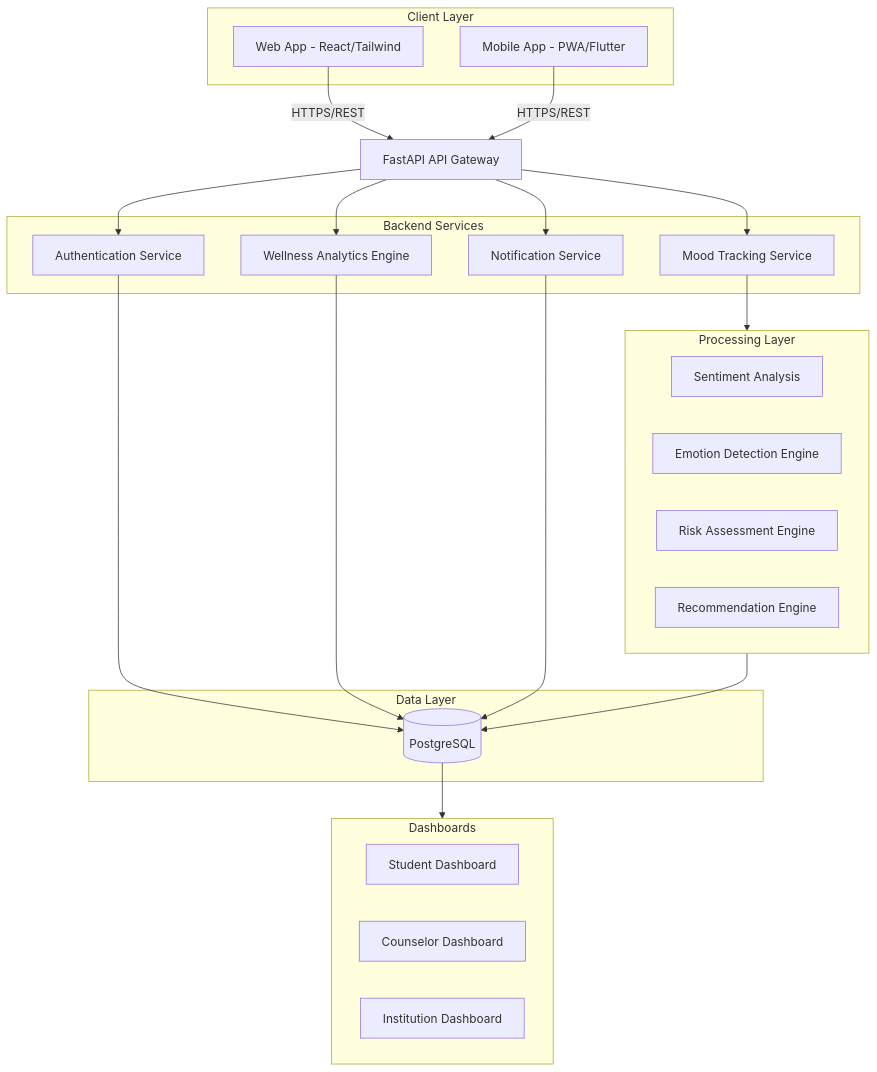
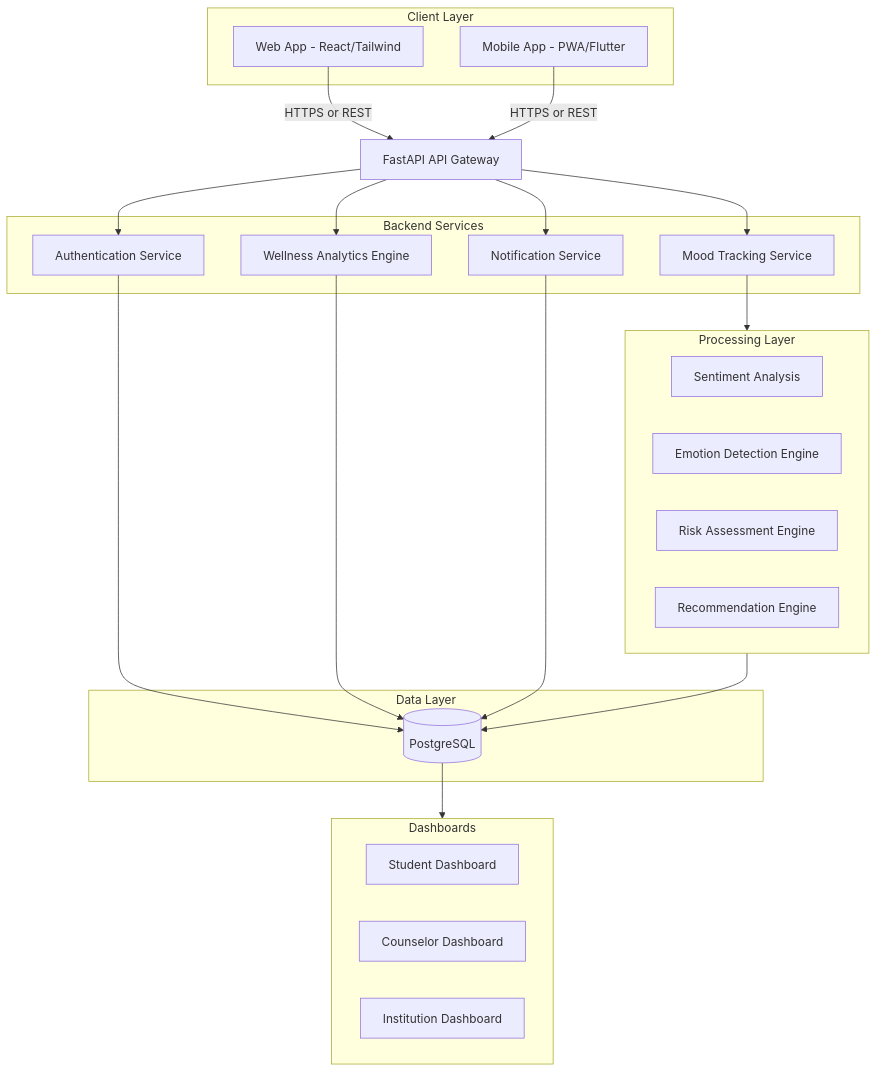
Before and after one commit to DineshMoorthy007/mindguard-student-wellness-platform: the first of 5 diagrams in README.md, drawn with Mermaid. The commit also changed other lines of this file, not shown here.

Commit message:
docs: clarify network protocols and port annotations in architecture diagrams

````diff
--- a/README.md
+++ b/README.md
@@ -54,57 +54,57 @@
 ```mermaid
 graph TD
     %% Client Layer
     subgraph ClientLayer ["Client Layer"]
         Web["Web App - React/Tailwind"]
         Mobile["Mobile App - PWA/Flutter"]
     end
 
     %% Gateway Layer
     Gateway["FastAPI API Gateway"]
 
     %% Internal Micro-services
     subgraph BackendServices ["Backend Services"]
         Auth["Authentication Service"]
         Mood["Mood Tracking Service"]
         Wellness["Wellness Analytics Engine"]
         Notify["Notification Service"]
     end
 
     %% AI / ML Processing
     subgraph ProcessingLayer ["Processing Layer"]
         Sentiment["Sentiment Analysis"]
         Emotion["Emotion Detection Engine"]
         Risk["Risk Assessment Engine"]
         Recommend["Recommendation Engine"]
     end
 
     %% Database
     subgraph DataLayer ["Data Layer"]
         DB[("PostgreSQL")]
     end
 
     %% Dashboard Outputs
     subgraph Dashboards ["Dashboards"]
         StudentDash["Student Dashboard"]
         CounselorDash["Counselor Dashboard"]
         AdminDash["Institution Dashboard"]
     end
 
     %% Flow Connections
-    Web -->|HTTPS/REST| Gateway
-    Mobile -->|HTTPS/REST| Gateway
+    Web -->|HTTPS or REST| Gateway
+    Mobile -->|HTTPS or REST| Gateway
 
     Gateway --> Auth
     Gateway --> Mood
     Gateway --> Wellness
     Gateway --> Notify
 
     Mood --> ProcessingLayer
     ProcessingLayer --> DB
     
     Auth --> DB
     Wellness --> DB
     Notify --> DB
 
     DB --> Dashboards
 ```
````
